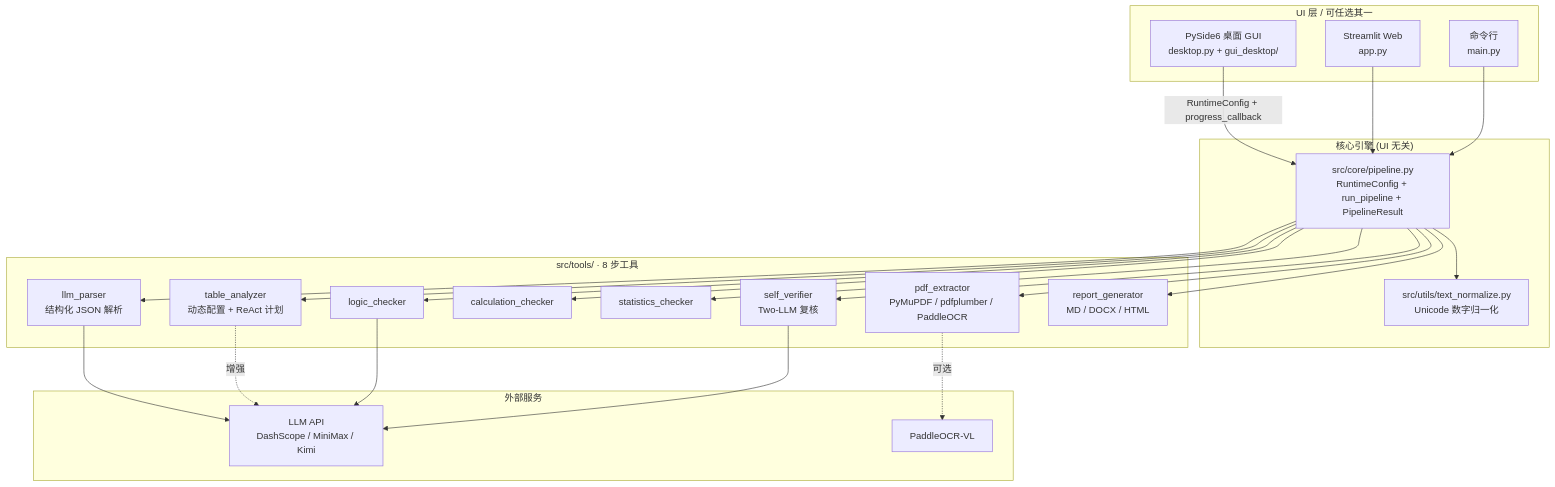
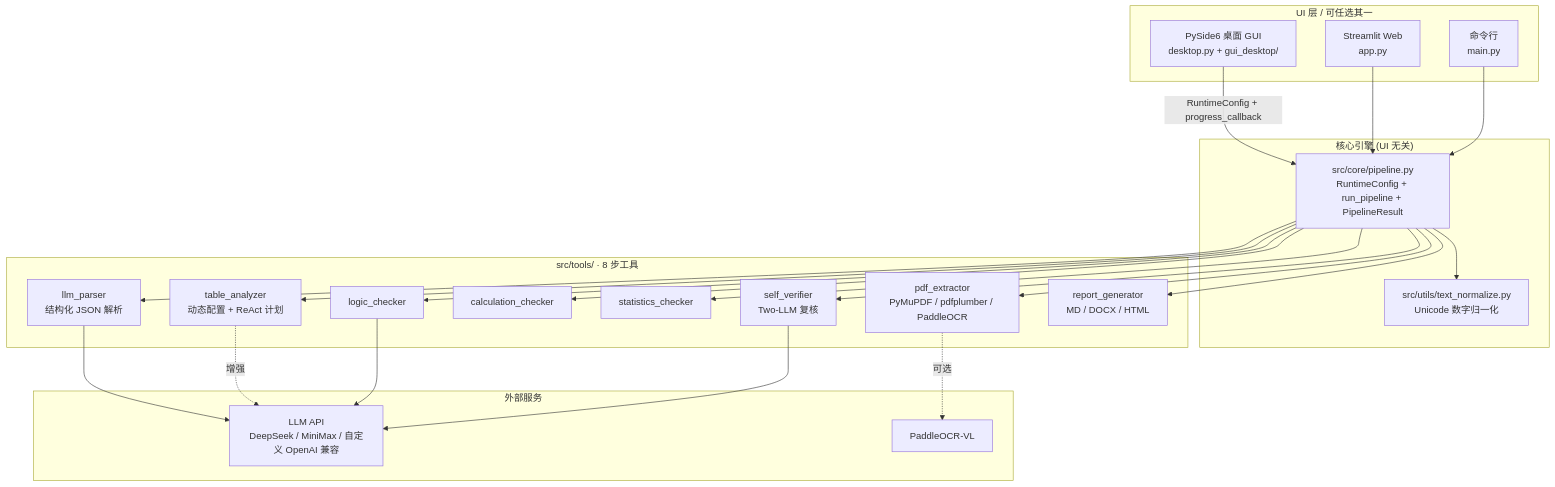
Before and after one commit to gaaiyun/building-deformation-checker: the first of 4 diagrams in README.md, drawn with Mermaid. The commit also changed other lines of this file and 8 other files, not shown here.

````diff
--- a/README.md
+++ b/README.md
@@ -44,47 +44,47 @@
 ```mermaid
 flowchart TB
     subgraph UI["UI 层 / 可任选其一"]
         DESK["PySide6 桌面 GUI<br/>desktop.py + gui_desktop/"]
         WEB["Streamlit Web<br/>app.py"]
         CLI["命令行<br/>main.py"]
     end
 
     subgraph CORE["核心引擎 (UI 无关)"]
         PIPE["src/core/pipeline.py<br/>RuntimeConfig + run_pipeline + PipelineResult"]
         NORM["src/utils/text_normalize.py<br/>Unicode 数字归一化"]
     end
 
     subgraph TOOLS["src/tools/ · 8 步工具"]
         T1["pdf_extractor<br/>PyMuPDF / pdfplumber / PaddleOCR"]
         T2["llm_parser<br/>结构化 JSON 解析"]
         T3["table_analyzer<br/>动态配置 + ReAct 计划"]
         T4["calculation_checker"]
         T5["statistics_checker"]
         T6["logic_checker"]
         T7["self_verifier<br/>Two-LLM 复核"]
         T8["report_generator<br/>MD / DOCX / HTML"]
     end
 
     subgraph EXT["外部服务"]
-        LLM["LLM API<br/>DashScope / MiniMax / Kimi"]
+        LLM["LLM API<br/>DeepSeek / MiniMax / 自定义 OpenAI 兼容"]
         OCR["PaddleOCR-VL"]
     end
 
     DESK -->|"RuntimeConfig + progress_callback"| PIPE
     WEB --> PIPE
     CLI --> PIPE
     PIPE --> NORM
     PIPE --> T1
     PIPE --> T2
     PIPE --> T3
     PIPE --> T4
     PIPE --> T5
     PIPE --> T6
     PIPE --> T7
     PIPE --> T8
     T1 -.->|可选| OCR
     T2 --> LLM
     T3 -.->|增强| LLM
     T6 --> LLM
     T7 --> LLM
 ```
````
